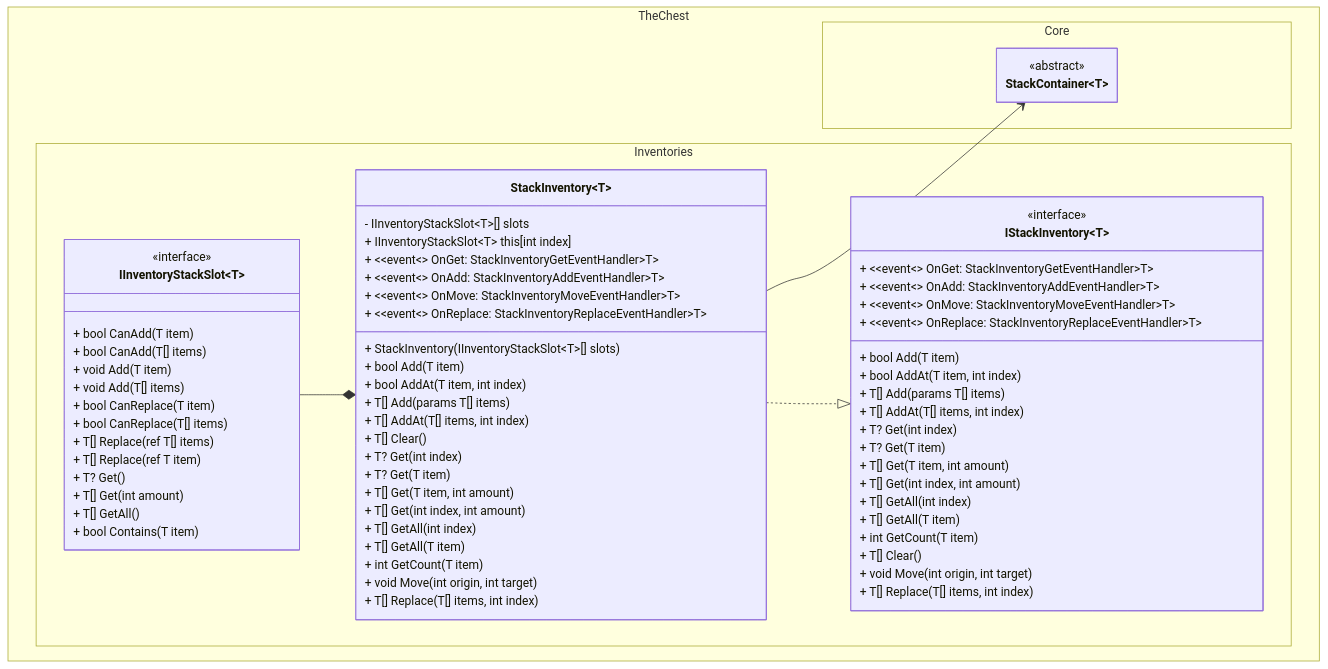
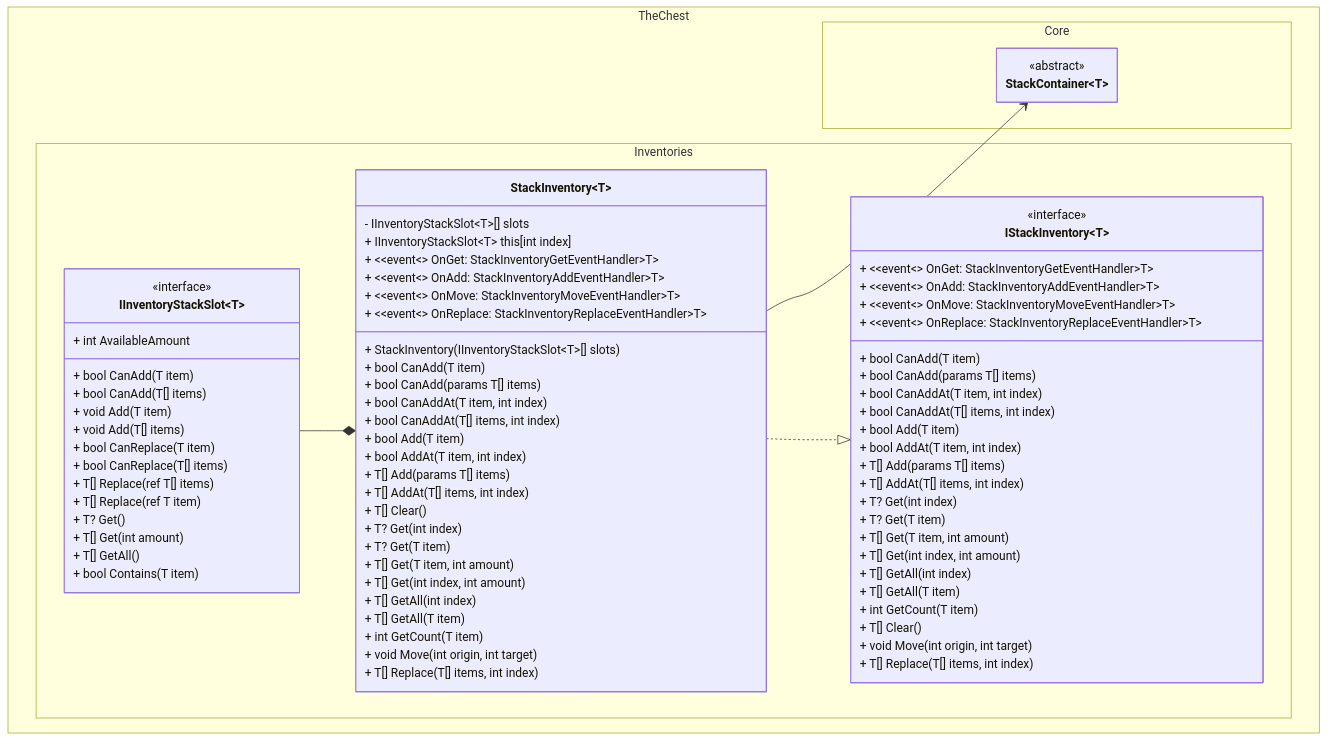
The first of 2 diagrams in docs/stack_inventory/class_diagram.md (The-Chest/TheChest.Inventories), drawn with Mermaid before and after one commit. The commit also changed 21 other files, not shown here.

```diff
--- a/docs/stack_inventory/class_diagram.md
+++ b/docs/stack_inventory/class_diagram.md
@@ -25,22 +25,35 @@
 	        + ~~event~~ OnAdd: StackInventoryAddEventHandler~T~ 
 	        + ~~event~~ OnMove: StackInventoryMoveEventHandler~T~ 
 	        + ~~event~~ OnReplace: StackInventoryReplaceEventHandler~T~ 
+
+            + bool CanAdd(T item)
+	        + bool CanAdd(params T[] items)
+	        + bool CanAddAt(T item, int index)
+	        + bool CanAddAt(T[] items, int index)
+
             + bool Add(T item)
             + bool AddAt(T item, int index)
             + T[] Add(params T[] items)
             + T[] AddAt(T[] items, int index)
+
             + T[] Clear()
+
             + T? Get(int index)
             + T? Get(T item)
             + T[] Get(T item, int amount)
             + T[] Get(int index, int amount)
+
             + T[] GetAll(int index)
             + T[] GetAll(T item)
+
             + int GetCount(T item)
+
             + void Move(int origin, int target)
+
             + T[] Replace(T[] items, int index)
         }    
         class IInventoryStackSlot~T~ {
+            + int AvailableAmount 
             + bool CanAdd(T item)
             + bool CanAdd(T[] items)
             + void Add(T item)
@@ -59,19 +72,30 @@
 	        + ~~event~~ OnAdd: StackInventoryAddEventHandler~T~ 
 	        + ~~event~~ OnMove: StackInventoryMoveEventHandler~T~ 
 	        + ~~event~~ OnReplace: StackInventoryReplaceEventHandler~T~ 
+
+            + bool CanAdd(T item)
+	        + bool CanAdd(params T[] items)
+	        + bool CanAddAt(T item, int index)
+	        + bool CanAddAt(T[] items, int index)
+
             + bool Add(T item)
             + bool AddAt(T item, int index)
             + T[] Add(params T[] items)
             + T[] AddAt(T[] items, int index)
+
             + T? Get(int index)
             + T? Get(T item)
             + T[] Get(T item, int amount)
             + T[] Get(int index, int amount)
             + T[] GetAll(int index)
             + T[] GetAll(T item)
+
             + int GetCount(T item)
+
             + T[] Clear()
+
             + void Move(int origin, int target)
+
             + T[] Replace(T[] items, int index)
         }
     }
```
